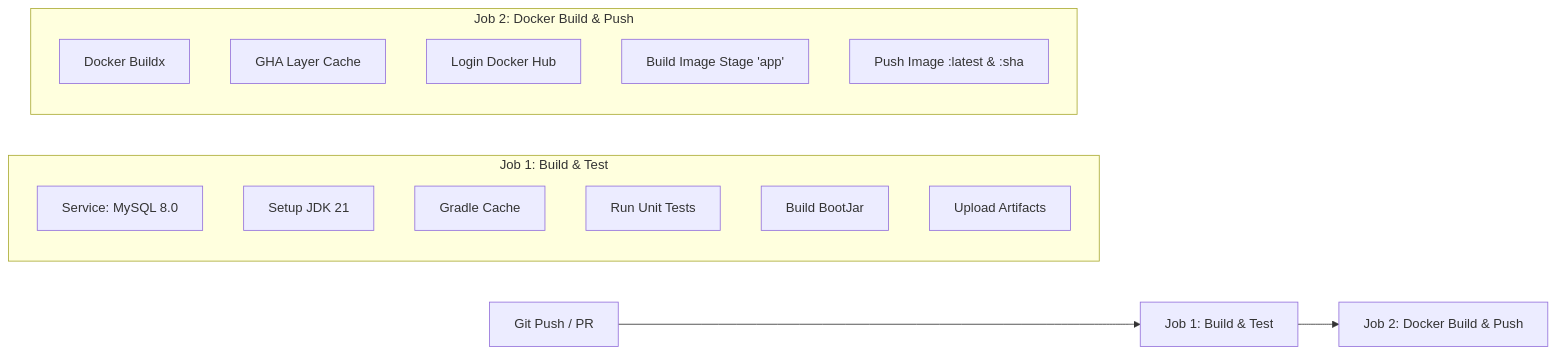
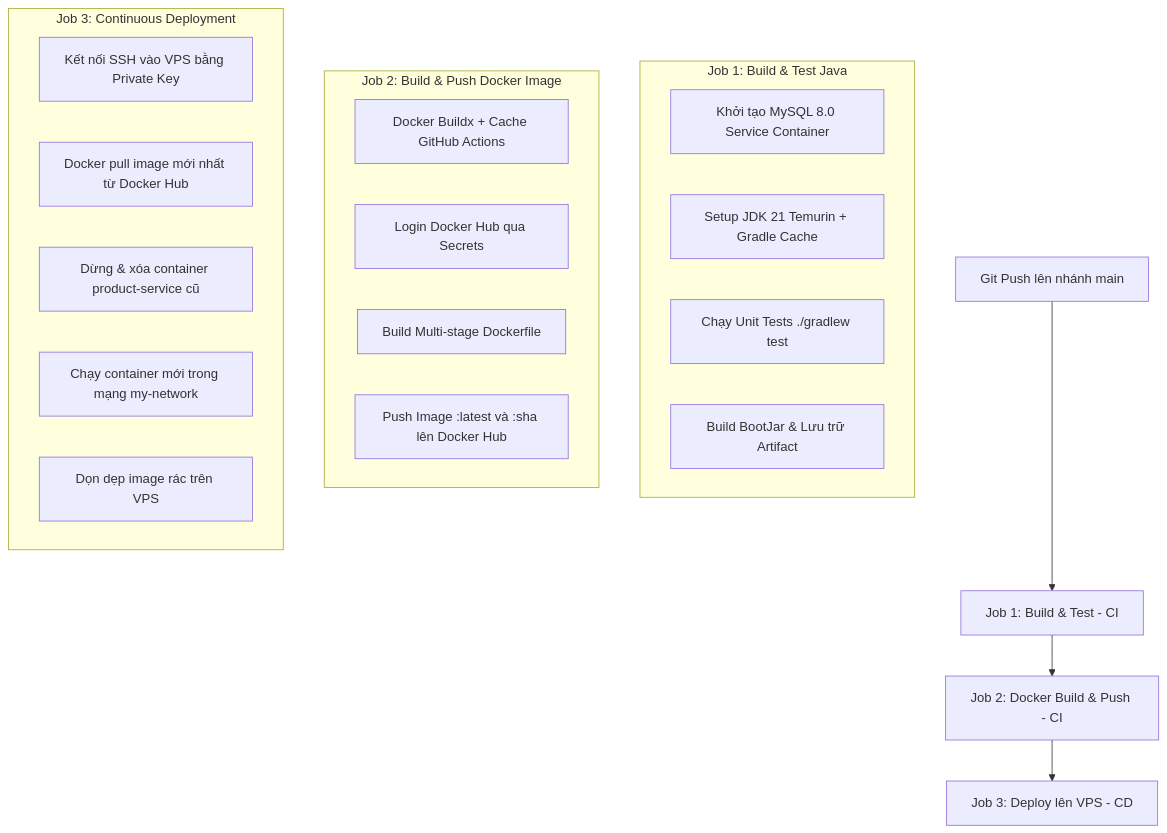
Before and after one commit to Ntttho/productservice001-demo-devops-docker: the diagram in HUONG_DAN_CI.md, drawn with Mermaid. The commit also changed other lines of this file and 1 other file, not shown here.

````diff
--- a/HUONG_DAN_CI.md
+++ b/HUONG_DAN_CI.md
@@ -21,20 +24,30 @@
 ```mermaid
-flowchart LR
-    A[Git Push / PR] --> B[Job 1: Build & Test]
-    subgraph Job 1: Build & Test
-        B1[Service: MySQL 8.0]
-        B2[Setup JDK 21]
-        B3[Gradle Cache]
-        B4[Run Unit Tests]
-        B5[Build BootJar]
-        B6[Upload Artifacts]
+flowchart TD
+    A[Git Push lên nhánh main] --> B[Job 1: Build & Test - CI]
+    
+    subgraph Job 1: Build & Test Java
+        B1[Khởi tạo MySQL 8.0 Service Container]
+        B2[Setup JDK 21 Temurin + Gradle Cache]
+        B3[Chạy Unit Tests ./gradlew test]
+        B4[Build BootJar & Lưu trữ Artifact]
     end
-    B --> C[Job 2: Docker Build & Push]
-    subgraph Job 2: Docker Build & Push
-        C1[Docker Buildx]
-        C2[GHA Layer Cache]
-        C3[Login Docker Hub]
-        C4[Build Image Stage 'app']
-        C5[Push Image :latest & :sha]
+    
+    B --> C[Job 2: Docker Build & Push - CI]
+    
+    subgraph Job 2: Build & Push Docker Image
+        C1[Docker Buildx + Cache GitHub Actions]
+        C2[Login Docker Hub qua Secrets]
+        C3[Build Multi-stage Dockerfile]
+        C4[Push Image :latest và :sha lên Docker Hub]
+    end
+    
+    C --> D[Job 3: Deploy lên VPS - CD]
+    
+    subgraph Job 3: Continuous Deployment
+        D1[Kết nối SSH vào VPS bằng Private Key]
+        D2[Docker pull image mới nhất từ Docker Hub]
+        D3[Dừng & xóa container product-service cũ]
+        D4[Chạy container mới trong mạng my-network]
+        D5[Dọn dẹp image rác trên VPS]
     end
 ```
````
